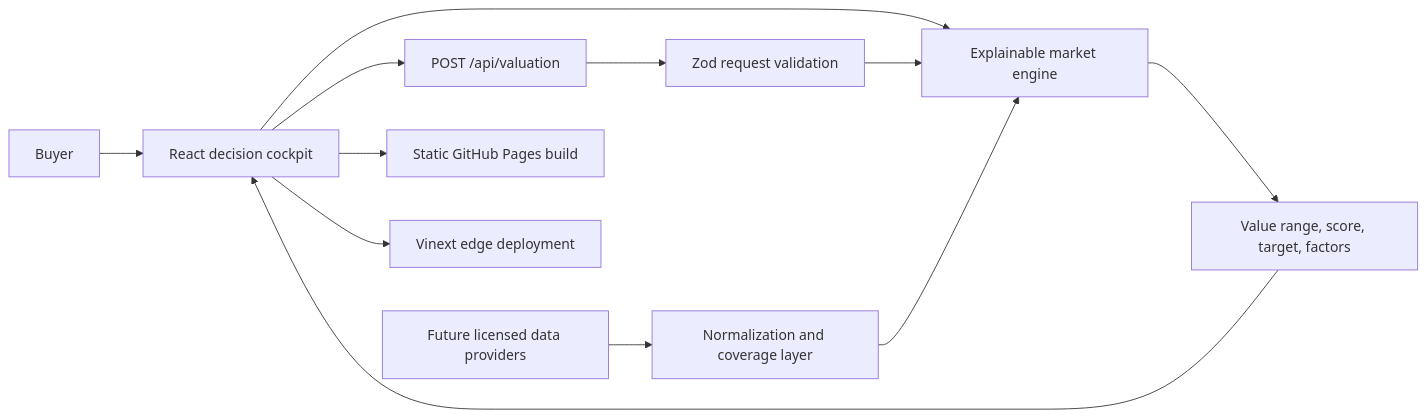
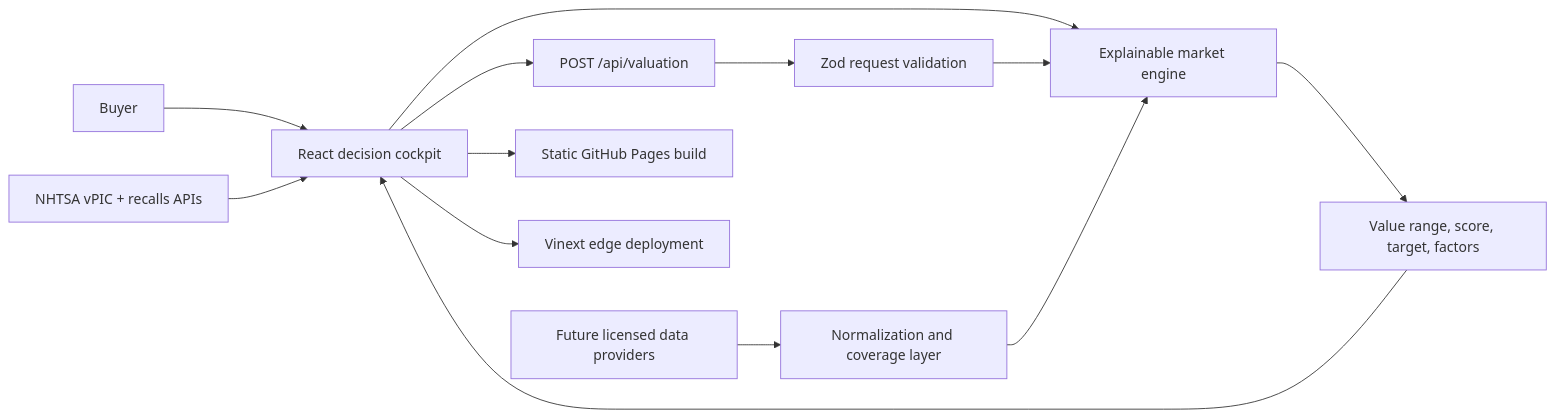
Before and after one commit to Akarsh-Reddy-T/autolens-ai: the diagram in README.md, drawn with Mermaid. The commit also changed other lines of this file and 3 other files, not shown here.

````diff
--- a/README.md
+++ b/README.md
@@ -43,14 +47,15 @@
 ```mermaid
 flowchart LR
     U["Buyer"] --> UI["React decision cockpit"]
     UI --> ENGINE["Explainable market engine"]
     UI --> API["POST /api/valuation"]
     API --> VALIDATE["Zod request validation"]
     VALIDATE --> ENGINE
     ENGINE --> RESULT["Value range, score, target, factors"]
     RESULT --> UI
     PROVIDERS["Future licensed data providers"] --> NORMALIZE["Normalization and coverage layer"]
     NORMALIZE --> ENGINE
+    NHTSA["NHTSA vPIC + recalls APIs"] --> UI
     UI --> PAGES["Static GitHub Pages build"]
     UI --> EDGE["Vinext edge deployment"]
 ```
````
